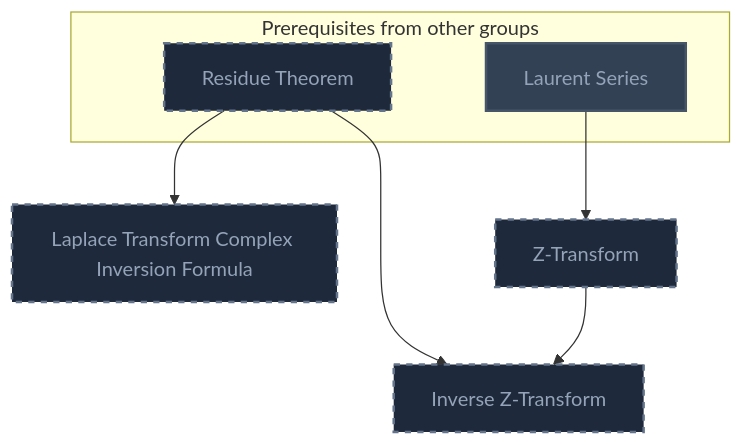
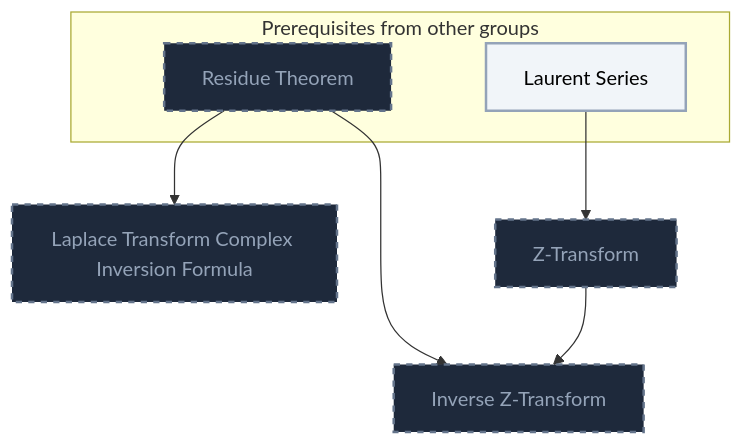
Before and after one commit to MRauf1/My-Notes: diagram 19 of 19 in Gamification/Skill Trees/Complex Analysis.md, drawn with Mermaid. The commit also changed other lines of this file and 145 other files, not shown here.

````diff
--- a/Gamification/Skill Trees/Complex Analysis.md
+++ b/Gamification/Skill Trees/Complex Analysis.md
@@ -721,26 +733,26 @@
 ```mermaid
 flowchart TD
     classDef planned fill:#1E293B,stroke:#64748B,stroke-width:2px,stroke-dasharray:5 5,color:#94A3B8;
     classDef locked fill:#334155,stroke:#475569,stroke-width:2px,color:#94A3B8;
     classDef L0 fill:#F1F5F9,stroke:#94A3B8,stroke-width:2px,color:#000000;
     classDef L1 fill:#22C55E,stroke:#15803D,stroke-width:2px,color:#000000;
     classDef L2 fill:#3B82F6,stroke:#1D4ED8,stroke-width:3px,color:#FFFFFF;
     classDef L3 fill:#A855F7,stroke:#6B21A8,stroke-width:3px,color:#FFFFFF,font-weight:bold;
     classDef L4 fill:#F97316,stroke:#C2410C,stroke-width:4px,color:#000000,font-weight:bold;
     classDef L5 fill:#FFD700,stroke:#FF8C00,stroke-width:5px,color:#000000,font-weight:bold;
     classDef rusty stroke:#8B4513,stroke-width:4px,stroke-dasharray:3 3;
     subgraph sg_prereqs["Prerequisites from other groups"]
         n_residue_theorem["Residue Theorem"]
         n_laurent_series["Laurent Series"]
     end
     n_laplace_transform_complex_inversion_formula["Laplace Transform Complex Inversion Formula"]
     n_z_transform["Z-Transform"]
     n_inverse_z_transform["Inverse Z-Transform"]
     n_residue_theorem --> n_laplace_transform_complex_inversion_formula
     n_laurent_series --> n_z_transform
     n_z_transform --> n_inverse_z_transform
     n_residue_theorem --> n_inverse_z_transform
     class n_residue_theorem,n_laplace_transform_complex_inversion_formula,n_z_transform,n_inverse_z_transform planned;
-    class n_laurent_series locked;
+    class n_laurent_series L0;
     class n_laurent_series internal-link;
 ```
````
